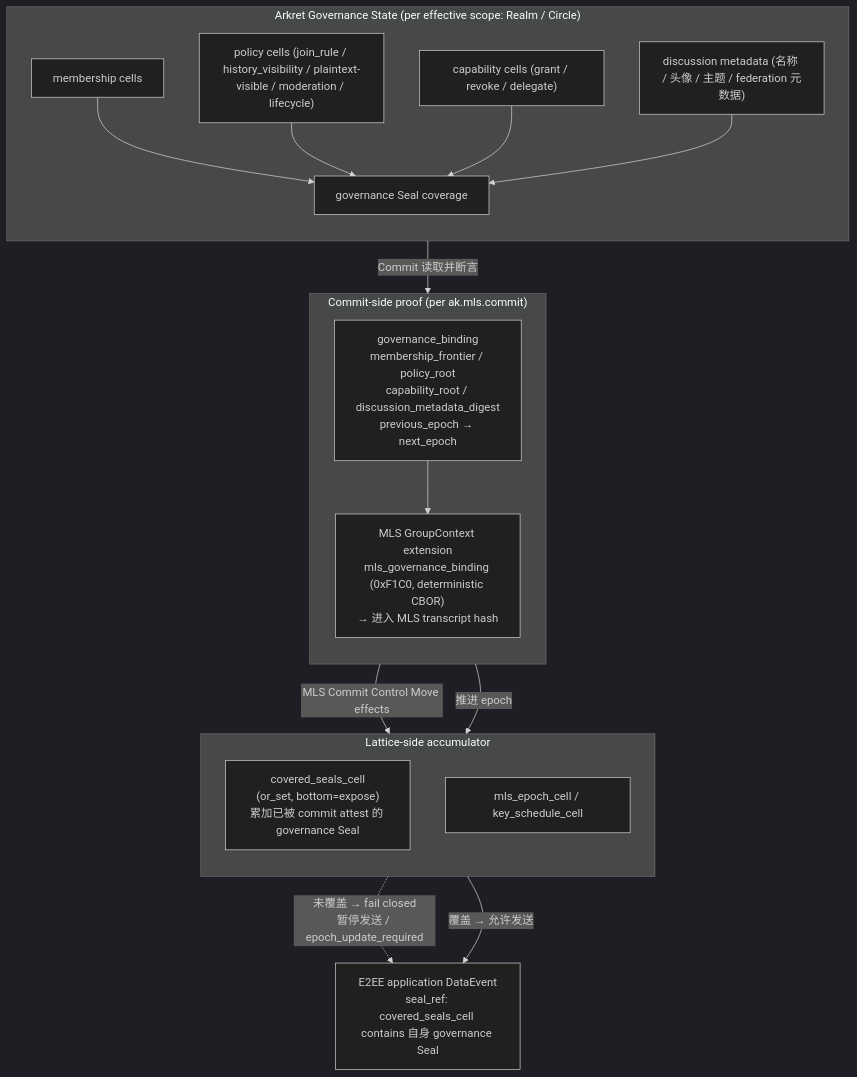
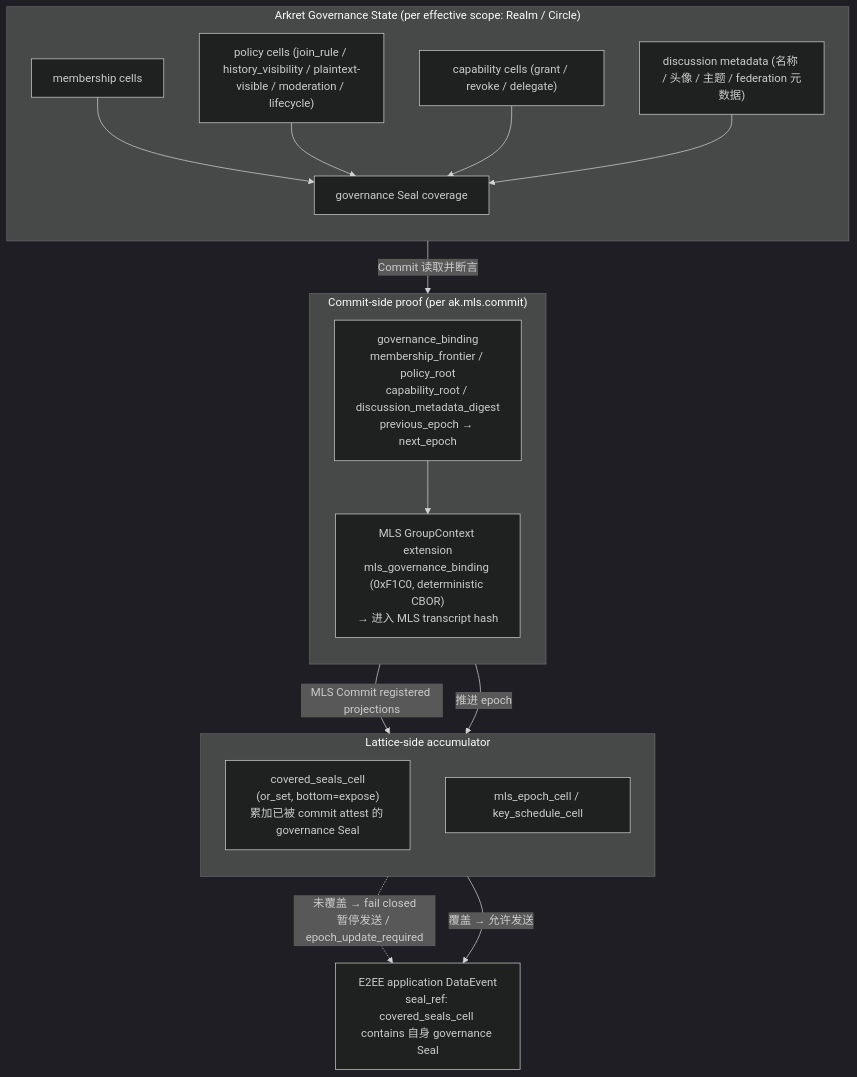
The second of 2 diagrams in spec/v1/zh/crypto-media/encryption-and-audit.md (arkret-org/arkret-spec), drawn with Mermaid (dark theme) before and after one commit. The commit also changed other lines of this file and 118 other files, not shown here.

````diff
--- a/spec/v1/zh/crypto-media/encryption-and-audit.md
+++ b/spec/v1/zh/crypto-media/encryption-and-audit.md
@@ -369,36 +369,36 @@
 ```mermaid
 flowchart TB
     subgraph GS ["Arkret Governance State (per effective scope: Realm / Circle)"]
         direction TB
         Memb["membership cells"]
         Pol["policy cells (join_rule / history_visibility / plaintext-visible / moderation / lifecycle)"]
         Cap["capability cells (grant / revoke / delegate)"]
         Disc["discussion metadata (名称 / 头像 / 主题 / federation 元数据)"]
         Anc["governance Seal coverage"]
         Memb --> Anc
         Pol --> Anc
         Cap --> Anc
         Disc --> Anc
     end
 
     subgraph CS ["Commit-side proof (per ak.mls.commit)"]
         direction TB
         GB["governance_binding<br/>membership_frontier / policy_root<br/>capability_root / discussion_metadata_digest<br/>previous_epoch → next_epoch"]
         Trans["MLS GroupContext extension<br/>mls_governance_binding (0xF1C0, deterministic CBOR)<br/>→ 进入 MLS transcript hash"]
         GB --> Trans
     end
 
     subgraph LS ["Lattice-side accumulator"]
         direction TB
         CFC["covered_seals_cell<br/>(or_set, bottom=expose)<br/>累加已被 commit attest 的 governance Seal"]
         EpC["mls_epoch_cell / key_schedule_cell"]
     end
 
     Anc -- "Commit 读取并断言" --> GB
-    GB -- "MLS Commit Control Move effects" --> CFC
+    GB -- "MLS Commit registered projections" --> CFC
     GB -- "推进 epoch" --> EpC
 
     Msg["E2EE application DataEvent<br/>seal_ref: covered_seals_cell contains 自身 governance Seal"]
     CFC -. "未覆盖 → fail closed<br/>暂停发送 / epoch_update_required" .-> Msg
     CFC -- "覆盖 → 允许发送" --> Msg
 ```
````
